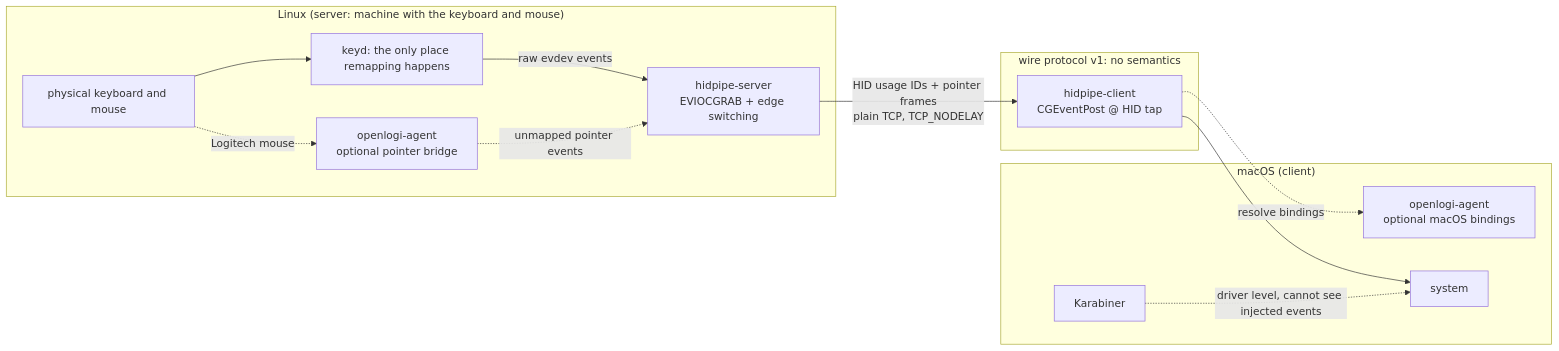
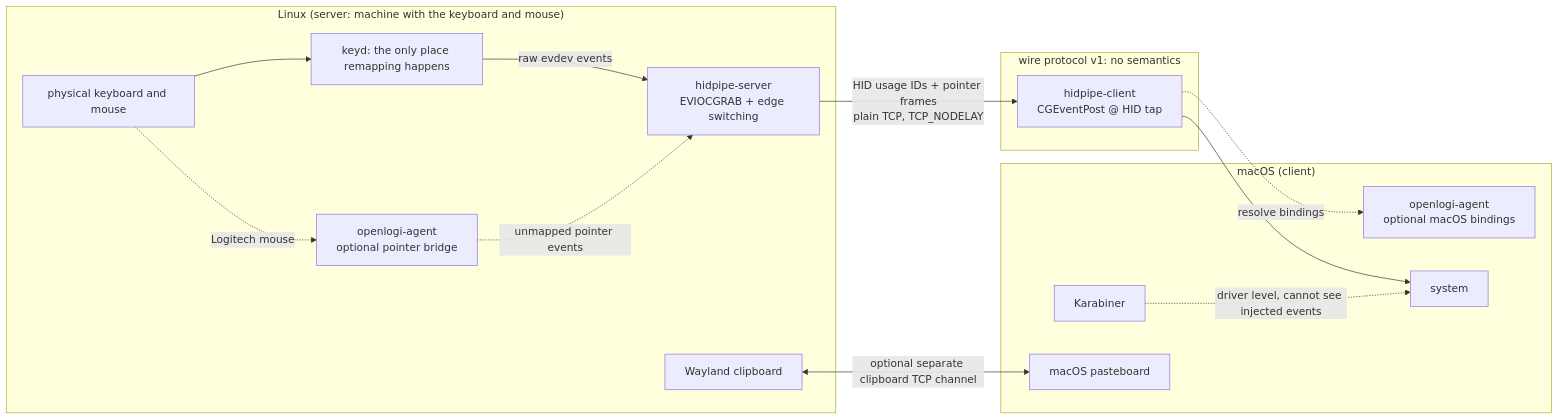
One commit to woxQAQ/hidpipe changed the diagram in README.md. Above: the diagram before and after it, drawn with Mermaid. The commit also changed other lines of this file and 10 other files, not shown here.

````diff
--- a/README.md
+++ b/README.md
@@ -13,17 +13,20 @@
 ```mermaid
 flowchart LR
     subgraph Linux["Linux (server: machine with the keyboard and mouse)"]
         K[physical keyboard and mouse] --> KD[keyd: the only place remapping happens]
         KD -->|raw evdev events| S[hidpipe-server<br/>EVIOCGRAB + edge switching]
         K -.->|Logitech mouse| OL_L[openlogi-agent<br/>optional pointer bridge]
         OL_L -.->|unmapped pointer events| S
+        LCB[Wayland clipboard]
     end
     subgraph Wire["wire protocol v1: no semantics"]
         S -->|"HID usage IDs + pointer frames<br/>plain TCP, TCP_NODELAY"| C
     end
     subgraph macOS["macOS (client)"]
         C[hidpipe-client<br/>CGEventPost @ HID tap] -.->|resolve bindings| OL_M[openlogi-agent<br/>optional macOS bindings]
         C --> SYS[system]
         KB[Karabiner] -.->|driver level, cannot see injected events| SYS
+        MCB[macOS pasteboard]
     end
+    LCB <-->|optional separate clipboard TCP channel| MCB
 ```
````
